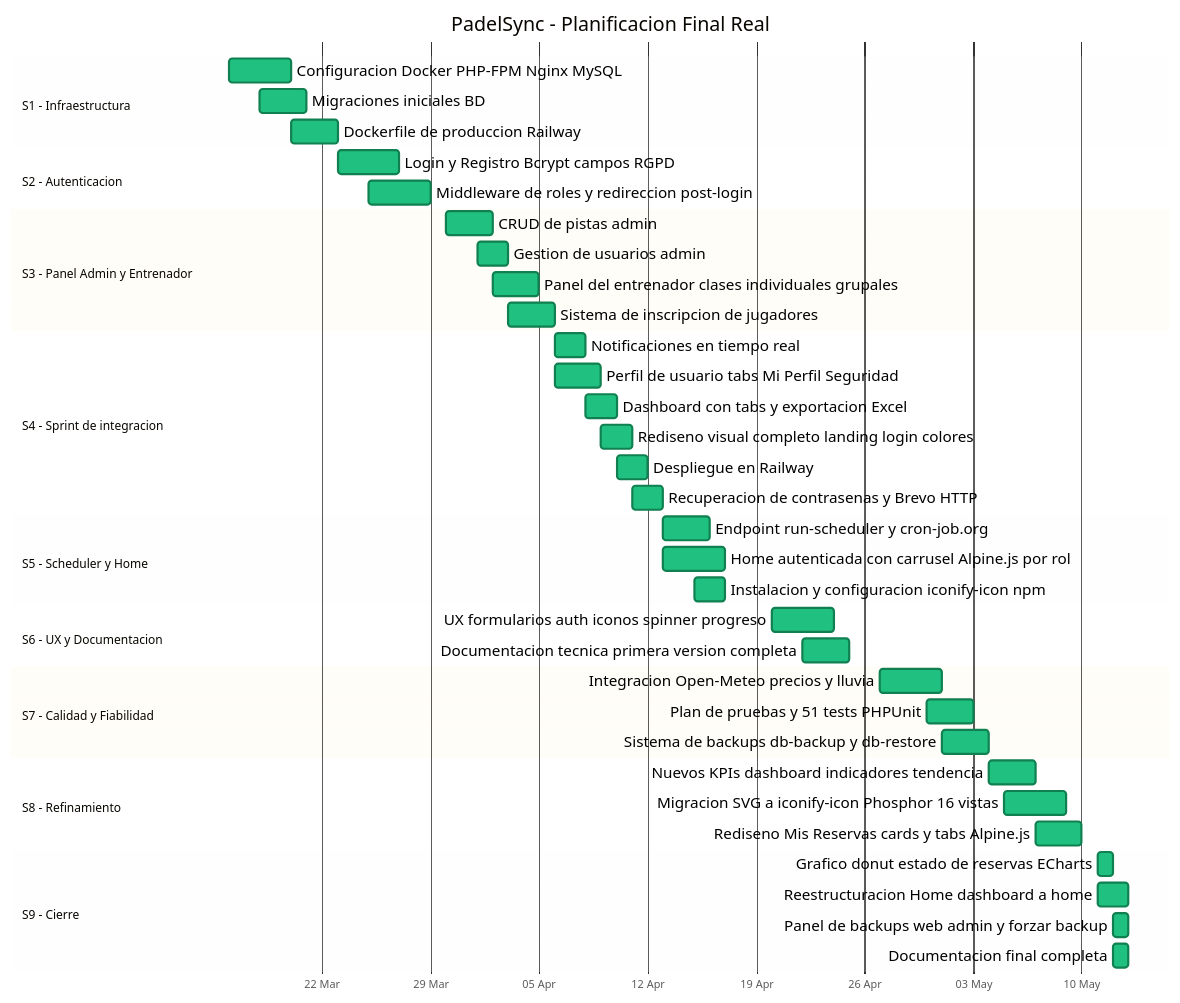
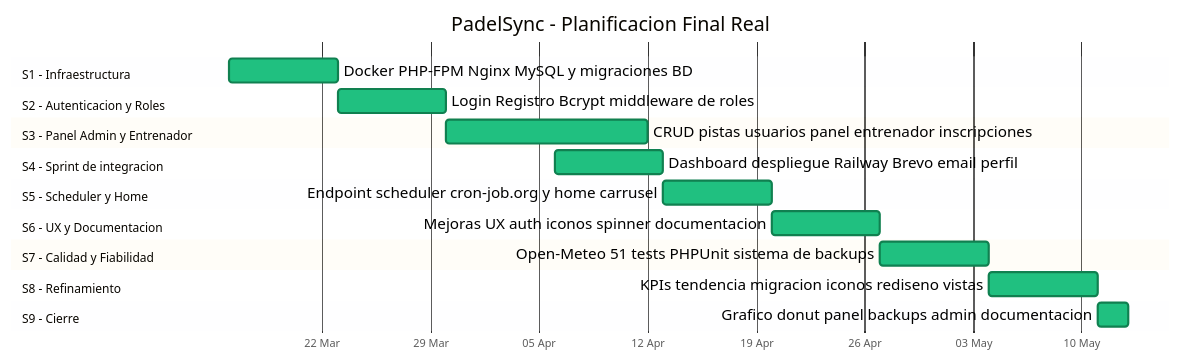
One commit to pabloiglepe/Prueba1---TFG changed the first of 2 diagrams in docs/PLANIFICACION_REAL.md. Above: the diagram before and after it, drawn with Mermaid.

Commit message:
Actualizar documentación

````diff
--- a/docs/PLANIFICACION_REAL.md
+++ b/docs/PLANIFICACION_REAL.md
@@ -10,46 +10,25 @@
 ```mermaid
 %%{init: {'theme': 'base', 'gantt': {'leftPadding': 200, 'barHeight': 22, 'barGap': 6, 'fontSize': 14}, 'themeVariables': {'fontFamily': 'Arial Black', 'doneTaskBkgColor': '#e8a020', 'doneTaskBorderColor': '#b07010', 'activeTaskBkgColor': '#20c080', 'activeTaskBorderColor': '#108050', 'critBkgColor': '#ff3333', 'critBorderColor': '#cc0000', 'taskTextColor': '#000000', 'taskTextOutsideColor': '#000000', 'taskTextLightColor': '#000000', 'taskTextDarkColor': '#000000', 'todayLineColor': '#ffffff'}}}%%
 gantt
     title PadelSync - Planificacion Final Real
     dateFormat  YYYY-MM-DD
     axisFormat  %d %b
     section S1 - Infraestructura
-    Configuracion Docker PHP-FPM Nginx MySQL           :active, 2026-03-16, 4d
-    Migraciones iniciales BD                           :active, 2026-03-18, 3d
-    Dockerfile de produccion Railway                   :active, 2026-03-20, 3d
-    section S2 - Autenticacion
-    Login y Registro Bcrypt campos RGPD                :active, 2026-03-23, 4d
-    Middleware de roles y redireccion post-login        :active, 2026-03-25, 4d
+    Docker PHP-FPM Nginx MySQL y migraciones BD        :active, 2026-03-16, 7d
+    section S2 - Autenticacion y Roles
+    Login Registro Bcrypt middleware de roles           :active, 2026-03-23, 7d
     section S3 - Panel Admin y Entrenador
-    CRUD de pistas admin                               :active, 2026-03-30, 3d
-    Gestion de usuarios admin                          :active, 2026-04-01, 2d
-    Panel del entrenador clases individuales grupales  :active, 2026-04-02, 3d
-    Sistema de inscripcion de jugadores                :active, 2026-04-03, 3d
+    CRUD pistas usuarios panel entrenador inscripciones:active, 2026-03-30, 13d
     section S4 - Sprint de integracion
-    Notificaciones en tiempo real                      :active, 2026-04-06, 2d
-    Perfil de usuario tabs Mi Perfil Seguridad         :active, 2026-04-06, 3d
-    Dashboard con tabs y exportacion Excel             :active, 2026-04-08, 2d
-    Rediseno visual completo landing login colores     :active, 2026-04-09, 2d
-    Despliegue en Railway                              :active, 2026-04-10, 2d
-    Recuperacion de contrasenas y Brevo HTTP           :active, 2026-04-11, 2d
+    Dashboard despliegue Railway Brevo email perfil    :active, 2026-04-06, 7d
     section S5 - Scheduler y Home
-    Endpoint run-scheduler y cron-job.org              :active, 2026-04-13, 3d
-    Home autenticada con carrusel Alpine.js por rol    :active, 2026-04-13, 4d
-    Instalacion y configuracion iconify-icon npm       :active, 2026-04-15, 2d
+    Endpoint scheduler cron-job.org y home carrusel    :active, 2026-04-13, 7d
     section S6 - UX y Documentacion
-    UX formularios auth iconos spinner progreso        :active, 2026-04-20, 4d
-    Documentacion tecnica primera version completa     :active, 2026-04-22, 3d
+    Mejoras UX auth iconos spinner documentacion       :active, 2026-04-20, 7d
     section S7 - Calidad y Fiabilidad
-    Integracion Open-Meteo precios y lluvia            :active, 2026-04-27, 4d
-    Plan de pruebas y 51 tests PHPUnit                 :active, 2026-04-30, 3d
-    Sistema de backups db-backup y db-restore          :active, 2026-05-01, 3d
+    Open-Meteo 51 tests PHPUnit sistema de backups     :active, 2026-04-27, 7d
     section S8 - Refinamiento
-    Nuevos KPIs dashboard indicadores tendencia        :active, 2026-05-04, 3d
-    Migracion SVG a iconify-icon Phosphor 16 vistas    :active, 2026-05-05, 4d
-    Rediseno Mis Reservas cards y tabs Alpine.js       :active, 2026-05-07, 3d
+    KPIs tendencia migracion iconos rediseno vistas    :active, 2026-05-04, 7d
     section S9 - Cierre
-    Grafico donut estado de reservas ECharts           :active, 2026-05-11, 1d
-    Reestructuracion Home dashboard a home             :active, 2026-05-11, 2d
-    Panel de backups web admin y forzar backup         :active, 2026-05-12, 1d
-    Documentacion final completa                       :active, 2026-05-12, 1d
+    Grafico donut panel backups admin documentacion    :active, 2026-05-11, 2d
 ```
````
